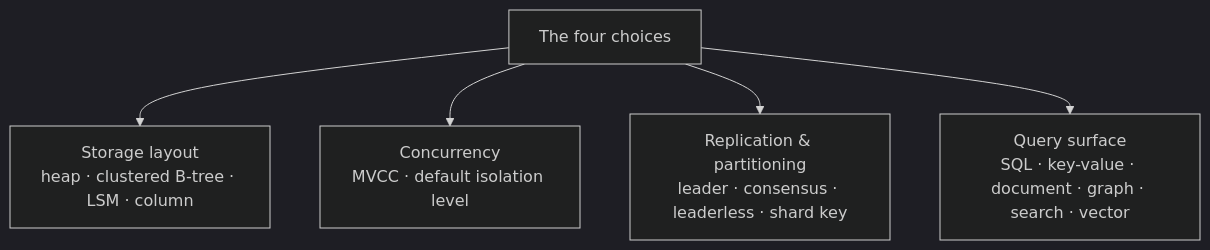
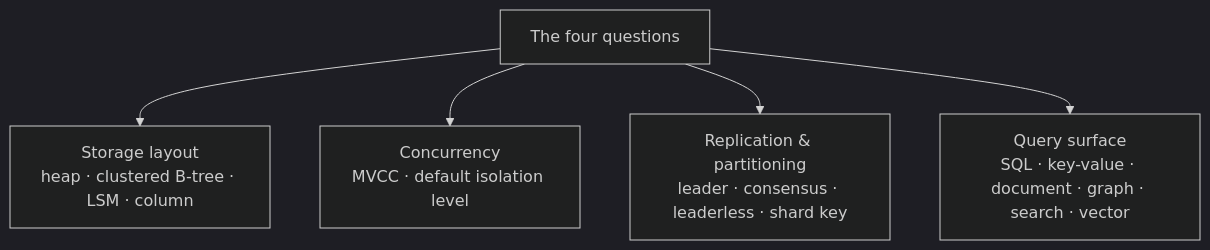
The first of 2 diagrams in topics/databases/article.md (ryannel/staycurrent), drawn with Mermaid (dark theme) before and after one commit. The commit also changed other lines of this file and 3 other files, not shown here.

````diff
--- a/topics/databases/article.md
+++ b/topics/databases/article.md
@@ -59,7 +59,7 @@
 ```mermaid
 graph TD
-    Q[The four choices] --> S[Storage layout<br/>heap · clustered B-tree · LSM · column]
+    Q[The four questions] --> S[Storage layout<br/>heap · clustered B-tree · LSM · column]
     Q --> C[Concurrency<br/>MVCC · default isolation level]
     Q --> R[Replication & partitioning<br/>leader · consensus · leaderless · shard key]
     Q --> A[Query surface<br/>SQL · key-value · document · graph · search · vector]
 ```
````
